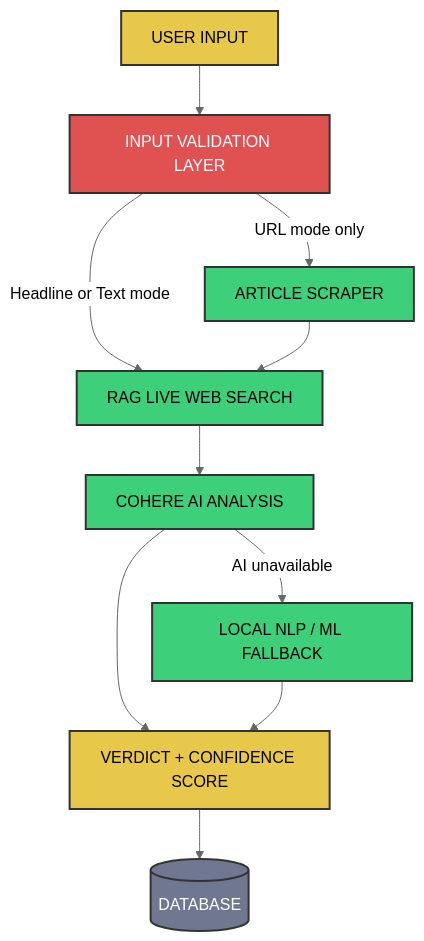
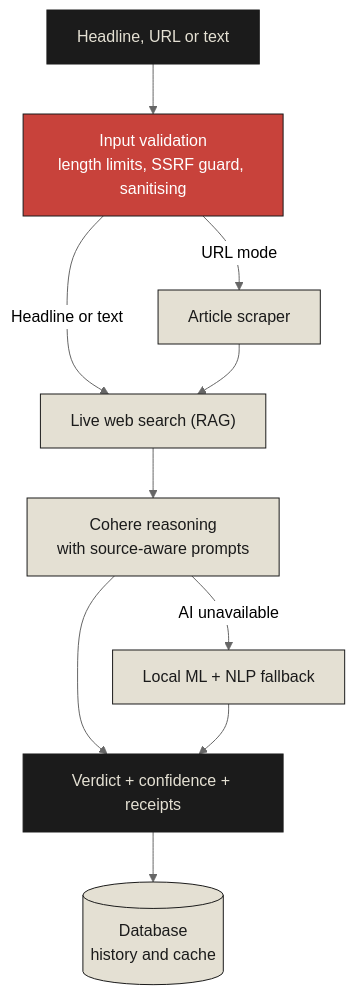
One commit to Soul-Ninja/Debunkit changed the diagram in README.md. Above: the diagram before and after it, drawn with Mermaid (neutral theme). The commit also changed other lines of this file and 13 other files, not shown here.

````diff
--- a/README.md
+++ b/README.md
@@ -98,22 +115,19 @@
 ```mermaid
 flowchart TD
-    A["USER INPUT"] --> B["INPUT VALIDATION LAYER"]
-    B -- "URL mode only" --> C["ARTICLE SCRAPER"]
-    B -- "Headline or Text mode" --> D["RAG LIVE WEB SEARCH"]
+    A["Headline, URL or text"] --> B["Input validation<br/>length limits, SSRF guard, sanitising"]
+    B -- "URL mode" --> C["Article scraper"]
+    B -- "Headline or text" --> D["Live web search (RAG)"]
     C --> D
-    D --> E["COHERE AI ANALYSIS"]
-    E -- "AI unavailable" --> F["LOCAL NLP / ML FALLBACK"]
-    E --> G["VERDICT + CONFIDENCE SCORE"]
+    D --> E["Cohere reasoning<br/>with source-aware prompts"]
+    E -- "AI unavailable" --> F["Local ML + NLP fallback"]
+    E --> G["Verdict + confidence + receipts"]
     F --> G
-    G --> H[("DATABASE")]
+    G --> H[("Database<br/>history and cache")]
 
-    classDef yellow fill:#e8c84a,stroke:#333,stroke-width:2px,color:#000;
-    classDef red fill:#e05252,stroke:#333,stroke-width:2px,color:#fff;
-    classDef green fill:#3ecf7a,stroke:#333,stroke-width:2px,color:#000;
-    classDef grey fill:#6f7890,stroke:#333,stroke-width:2px,color:#fff;
-
-    class A,G yellow;
+    classDef ink fill:#1B1B1B,stroke:#1B1B1B,color:#E4E0D3;
+    classDef red fill:#C8423B,stroke:#1B1B1B,color:#fff;
+    classDef paper fill:#E4E0D3,stroke:#1B1B1B,color:#1B1B1B;
+    class A,G ink;
     class B red;
-    class C,D,E,F green;
-    class H grey;
+    class C,D,E,F,H paper;
 ```
````
